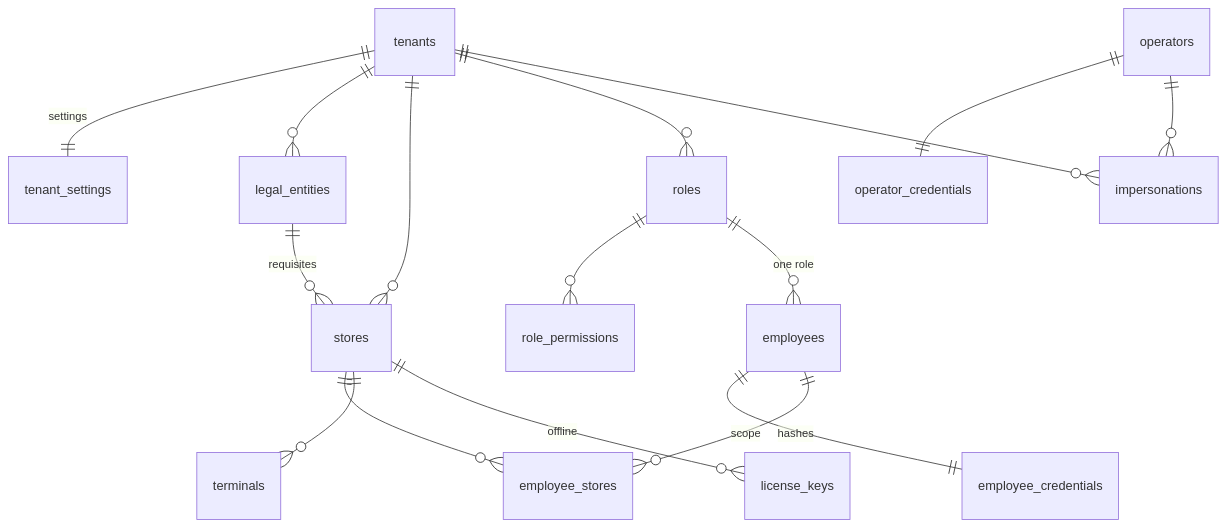
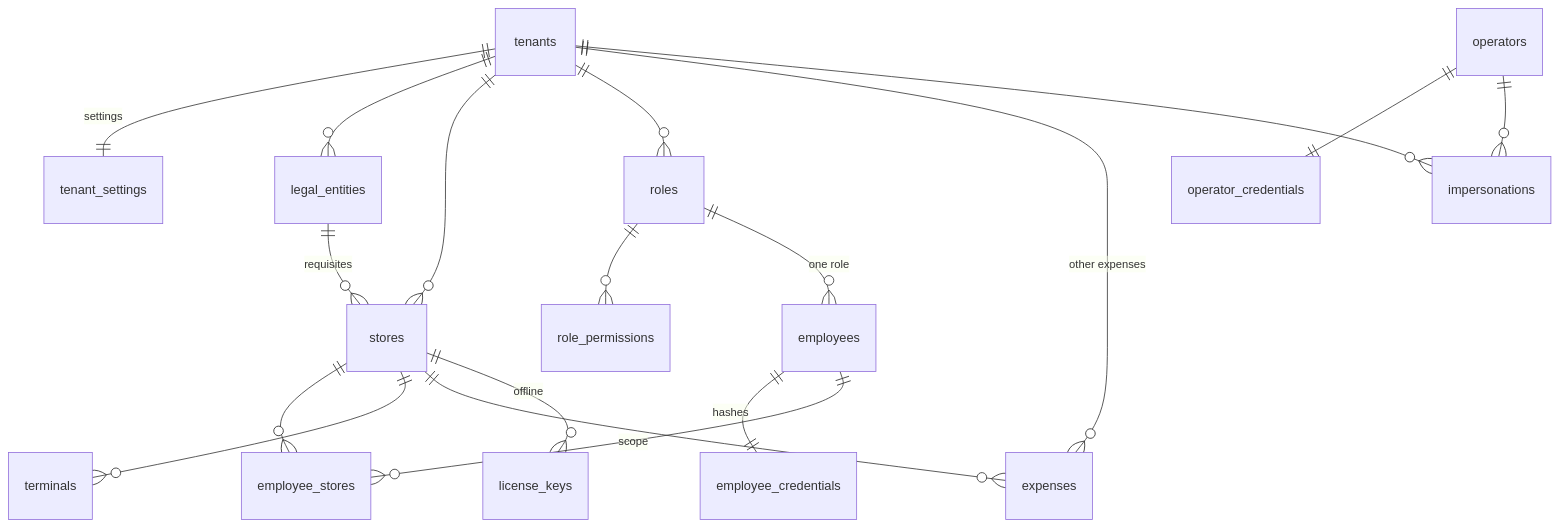
One commit to zohidweb/pharmacy changed the diagram in docs/architecture/data-model/01-platform-org.md. Above: the diagram before and after it, drawn with Mermaid. The commit also changed other lines of this file and 14 other files, not shown here.

Commit message:
feat(api): expenses of the network and the stores — table, CRUD, journal, cash withdrawals for expenses

````diff
--- a/docs/architecture/data-model/01-platform-org.md
+++ b/docs/architecture/data-model/01-platform-org.md
@@ -5,18 +5,20 @@
 ```mermaid
 erDiagram
   tenants ||--|| tenant_settings : "settings"
   tenants ||--o{ legal_entities : ""
   tenants ||--o{ stores : ""
   legal_entities ||--o{ stores : "requisites"
   tenants ||--o{ roles : ""
   roles ||--o{ role_permissions : ""
   roles ||--o{ employees : "one role"
   employees ||--|| employee_credentials : "hashes"
   employees ||--o{ employee_stores : "scope"
   stores ||--o{ employee_stores : ""
   stores ||--o{ terminals : ""
+  tenants ||--o{ expenses : "other expenses"
+  stores ||--o{ expenses : ""
   stores ||--o{ license_keys : "offline"
   operators ||--|| operator_credentials : ""
   operators ||--o{ impersonations : ""
   tenants ||--o{ impersonations : ""
 ```
````
